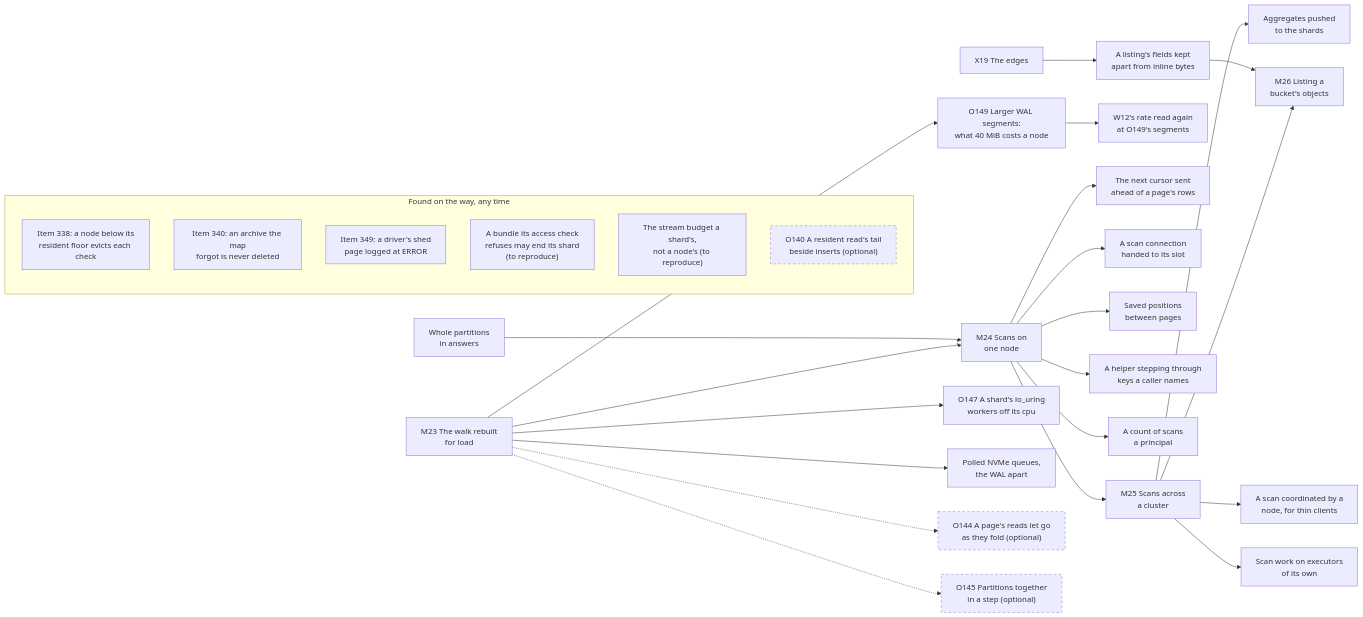
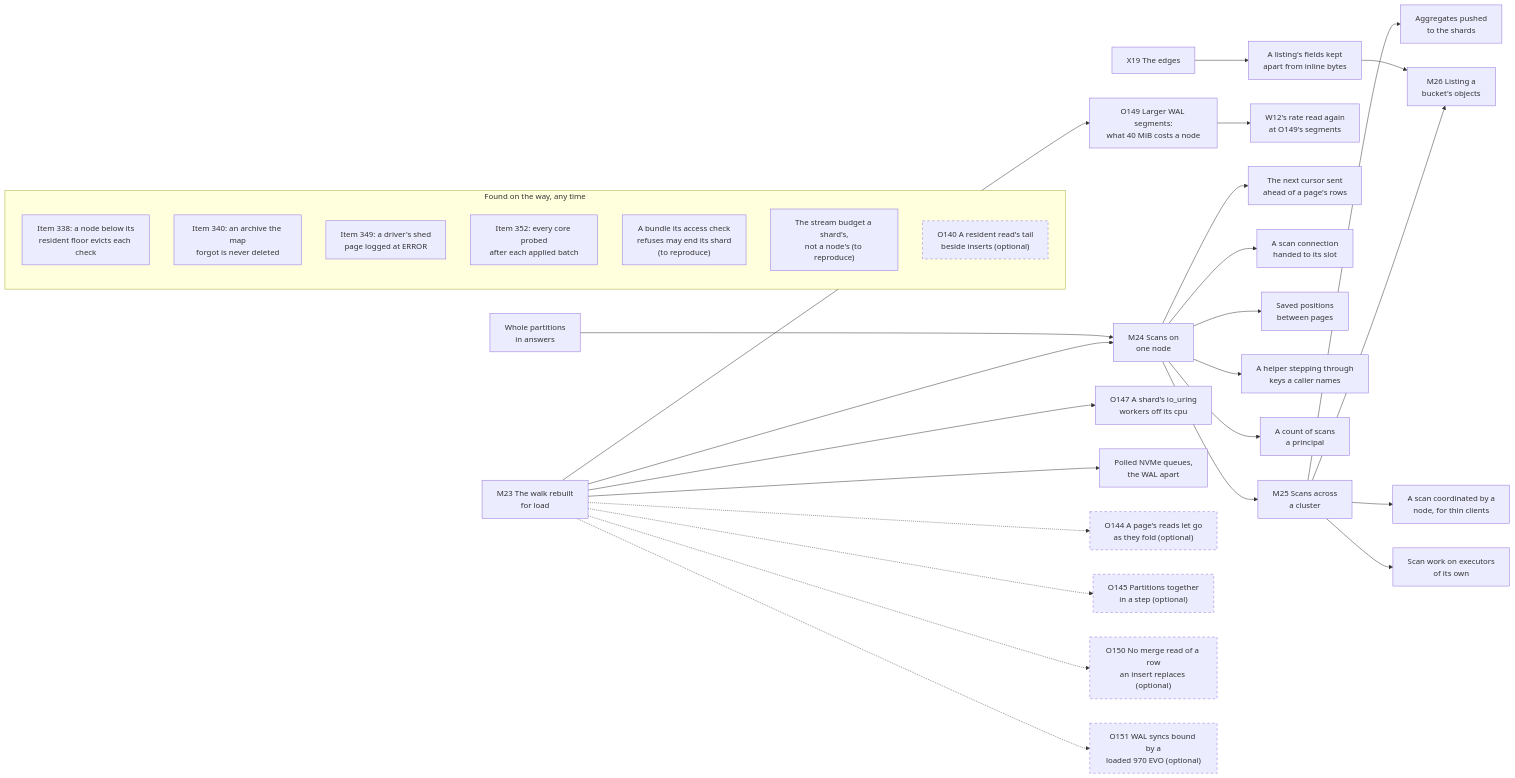
The fourth of 5 diagrams in docs/src/future-work/scans/whats-left-todo.md (mjcarson/shoal), drawn with Mermaid before and after one commit. The commit also changed other lines of this file and 32 other files, not shown here.

````diff
--- a/docs/src/future-work/scans/whats-left-todo.md
+++ b/docs/src/future-work/scans/whats-left-todo.md
@@ -193,51 +198,56 @@
 ```mermaid
 flowchart LR
     classDef done fill:#2e7d32,stroke:#1b5e20,color:#ffffff
     classDef optional stroke-dasharray: 5 5
     M23["M23 The walk rebuilt<br>for load"]
     M24["M24 Scans on<br>one node"]
     M25["M25 Scans across<br>a cluster"]
     M26["M26 Listing a<br>bucket's objects"]
     X19["X19 The edges"]
     Whole["Whole partitions<br>in answers"]
     O149["O149 Larger WAL segments:<br>what 40 MiB costs a node"]
     Rate["W12's rate read again<br>at O149's segments"]
     O147["O147 A shard's io_uring<br>workers off its cpu"]
     Host["Polled NVMe queues,<br>the WAL apart"]
     O144["O144 A page's reads let go<br>as they fold (optional)"]:::optional
     O145["O145 Partitions together<br>in a step (optional)"]:::optional
+    O150["O150 No merge read of a row<br>an insert replaces (optional)"]:::optional
+    O151["O151 WAL syncs bound by a<br>loaded 970 EVO (optional)"]:::optional
     Cursor["The next cursor sent<br>ahead of a page's rows"]
     Handoff["A scan connection<br>handed to its slot"]
     Saved["Saved positions<br>between pages"]
     Helper["A helper stepping through<br>keys a caller names"]
     Principal["A count of scans<br>a principal"]
     Agg["Aggregates pushed<br>to the shards"]
     Coord["A scan coordinated by a<br>node, for thin clients"]
     Exec["Scan work on executors<br>of its own"]
     Apart["A listing's fields kept<br>apart from inline bytes"]
     M23 --> M24 --> M25 --> M26
     M23 --> O149 --> Rate
     M23 --> O147
     M23 --> Host
     M23 -.-> O144
     M23 -.-> O145
+    M23 -.-> O150
+    M23 -.-> O151
     Whole --> M24
     M24 --> Cursor
     M24 --> Handoff
     M24 --> Saved
     M24 --> Helper
     M24 --> Principal
     M25 --> Agg
     M25 --> Coord
     M25 --> Exec
     X19 --> Apart --> M26
     subgraph found["Found on the way, any time"]
         direction TB
         I338["Item 338: a node below its<br>resident floor evicts each check"]
         I340["Item 340: an archive the map<br>forgot is never deleted"]
         I349["Item 349: a driver's shed<br>page logged at ERROR"]
+        I352["Item 352: every core probed<br>after each applied batch"]
         Access["A bundle its access check<br>refuses may end its shard<br>(to reproduce)"]
         Streams["The stream budget a shard's,<br>not a node's (to reproduce)"]
         O140["O140 A resident read's tail<br>beside inserts (optional)"]:::optional
     end
 ```
````
